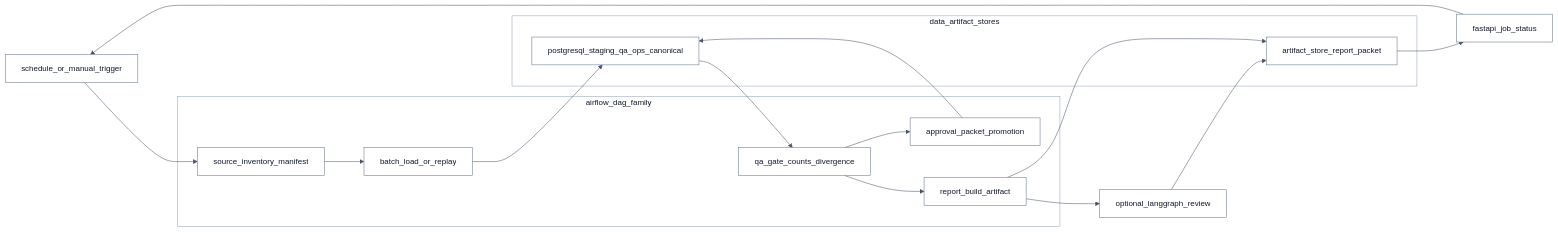
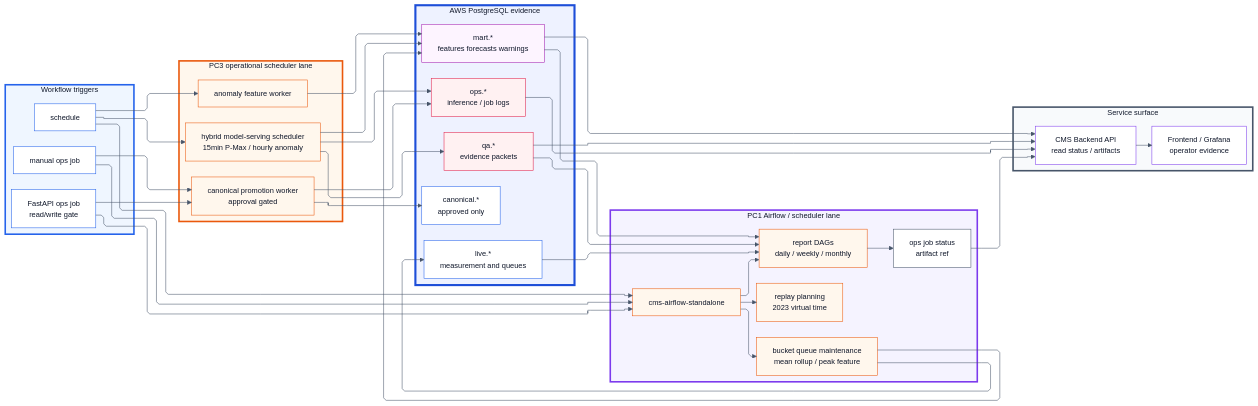
One commit to SKNETWORKS-FAMILY-AICAMP/SKN25-FINAL-4Team changed the diagram in docs/specs/diagrams/flow_03_airflow_pipeline.mmd. Above: the diagram before and after it, drawn with Mermaid. The commit also changed 296 other files, not shown here.

Commit message:
chore: prepare cms runtime staging branch

```diff
--- a/docs/specs/diagrams/flow_03_airflow_pipeline.mmd
+++ b/docs/specs/diagrams/flow_03_airflow_pipeline.mmd
@@ -1,21 +1,101 @@
-%%{init: {"theme": "base", "flowchart": {"htmlLabels": false, "curve": "basis", "nodeSpacing": 60, "rankSpacing": 75}, "themeVariables": {"background": "#ffffff", "mainBkg": "#ffffff", "primaryColor": "#f8fafc", "primaryBorderColor": "#64748b", "primaryTextColor": "#0f172a", "secondaryColor": "#f1f5f9", "secondaryBorderColor": "#94a3b8", "secondaryTextColor": "#0f172a", "tertiaryColor": "#ffffff", "tertiaryBorderColor": "#cbd5e1", "tertiaryTextColor": "#0f172a", "clusterBkg": "#ffffff", "clusterBorder": "#94a3b8", "edgeLabelBackground": "#ffffff", "lineColor": "#475569", "fontFamily": "Arial, sans-serif", "fontSize": "15px"}} }%%
+%%{init: {"theme": "base", "layout": "elk", "flowchart": {"htmlLabels": false, "curve": "linear", "nodeSpacing": 40, "rankSpacing": 58}, "themeVariables": {"background": "#ffffff", "mainBkg": "#ffffff", "primaryColor": "#ffffff", "primaryBorderColor": "#475569", "primaryTextColor": "#0f172a", "secondaryColor": "#f8fafc", "secondaryBorderColor": "#94a3b8", "secondaryTextColor": "#0f172a", "tertiaryColor": "#ffffff", "tertiaryBorderColor": "#cbd5e1", "tertiaryTextColor": "#0f172a", "clusterBkg": "#ffffff", "clusterBorder": "#94a3b8", "edgeLabelBackground": "#ffffff", "lineColor": "#475569", "fontFamily": "Arial, sans-serif", "fontSize": "14px"}} }%%
 flowchart LR
-    TR["schedule_or_manual_trigger"]
-    subgraph AF["airflow_dag_family"]
-      INV["source_inventory_manifest"]
-      LOAD["batch_load_or_replay"]
-      QA["qa_gate_counts_divergence"]
-      REQ["approval_packet_promotion"]
-      REP["report_build_artifact"]
+    subgraph TRIG["Workflow triggers"]
+      SCHED["schedule"]
+      MANUAL["manual ops job"]
+      APIJOB["FastAPI ops job
+read/write gate"]
     end
-    subgraph STORE["data_artifact_stores"]
-      PG["postgresql_staging_qa_ops_canonical"]
-      ART["artifact_store_report_packet"]
+
+    subgraph PC1["PC1 Airflow / scheduler lane"]
+      AF["cms-airflow-standalone"]
+      REPORT["report DAGs
+daily / weekly / monthly"]
+      REPLAY["replay planning
+2023 virtual time"]
+      BUCKET["bucket queue maintenance
+mean rollup / peak feature"]
+      STATUS["ops job status
+artifact ref"]
     end
-    LG["optional_langgraph_review"]
-    API["fastapi_job_status"]
-    TR --> INV --> LOAD --> PG --> QA
-    QA --> REQ --> PG
-    QA --> REP --> LG --> ART
-    REP --> ART --> API
-    API --> TR
+
+    subgraph PC3["PC3 operational scheduler lane"]
+      MODEL_SCHED["hybrid model-serving scheduler
+15min P-Max / hourly anomaly"]
+      ANOMAT["anomaly feature worker"]
+      CANON["canonical promotion worker
+approval gated"]
+    end
+
+    subgraph AWS["AWS PostgreSQL evidence"]
+      LIVE["live.*
+measurement and queues"]
+      MART["mart.*
+features forecasts warnings"]
+      OPS["ops.*
+inference / job logs"]
+      QA["qa.*
+evidence packets"]
+      CAN["canonical.*
+approved only"]
+    end
+
+    subgraph SERV["Service surface"]
+      API["CMS Backend API
+read status / artifacts"]
+      FRONT["Frontend / Grafana
+operator evidence"]
+    end
+
+    SCHED --> AF
+    MANUAL --> AF
+    APIJOB --> AF
+    AF --> REPORT
+    AF --> REPLAY
+    AF --> BUCKET
+    BUCKET --> LIVE
+    BUCKET --> MART
+    LIVE --> REPORT
+    MART --> REPORT
+    QA --> REPORT
+    REPORT --> STATUS
+    STATUS --> API
+
+    SCHED --> MODEL_SCHED
+    MODEL_SCHED --> MART
+    MODEL_SCHED --> OPS
+    MODEL_SCHED --> QA
+    SCHED --> ANOMAT
+    ANOMAT --> MART
+    MANUAL --> CANON
+    APIJOB --> CANON
+    CANON --> CAN
+    CANON --> OPS
+    API --> FRONT
+    OPS --> API
+    QA --> API
+    MART --> API
+
+
+    classDef source fill:#ffffff,stroke:#2563eb,color:#0f172a,stroke-width:1px;
+    classDef api fill:#ffffff,stroke:#7c3aed,color:#0f172a,stroke-width:1px;
+    classDef kafka fill:#ecfdf5,stroke:#059669,color:#0f172a,stroke-width:1px;
+    classDef worker fill:#fff7ed,stroke:#ea580c,color:#0f172a,stroke-width:1px;
+    classDef db fill:#ffffff,stroke:#2563eb,color:#0f172a,stroke-width:1px;
+    classDef qa fill:#fff1f2,stroke:#e11d48,color:#0f172a,stroke-width:1px;
+    classDef mart fill:#fdf4ff,stroke:#a21caf,color:#0f172a,stroke-width:1px;
+    classDef obs fill:#f8fafc,stroke:#475569,color:#0f172a,stroke-width:1px;
+    classDef approval fill:#fefce8,stroke:#ca8a04,color:#0f172a,stroke-width:1px;
+    classDef hub fill:#ffffff,stroke:#334155,color:#0f172a,stroke-width:2px;
+
+    class SCHED,MANUAL,APIJOB source;
+    class AF,REPORT,REPLAY,BUCKET,MODEL_SCHED,ANOMAT,CANON worker;
+    class LIVE,CAN db;
+    class MART mart;
+    class OPS,QA qa;
+    class API,FRONT api;
+    style TRIG fill:#eff6ff,stroke:#2563eb,stroke-width:3px
+    style PC1 fill:#f5f3ff,stroke:#7c3aed,stroke-width:3px
+    style PC3 fill:#fff7ed,stroke:#ea580c,stroke-width:3px
+    style AWS fill:#eef2ff,stroke:#1d4ed8,stroke-width:4px
+    style SERV fill:#f8fafc,stroke:#475569,stroke-width:3px
```
